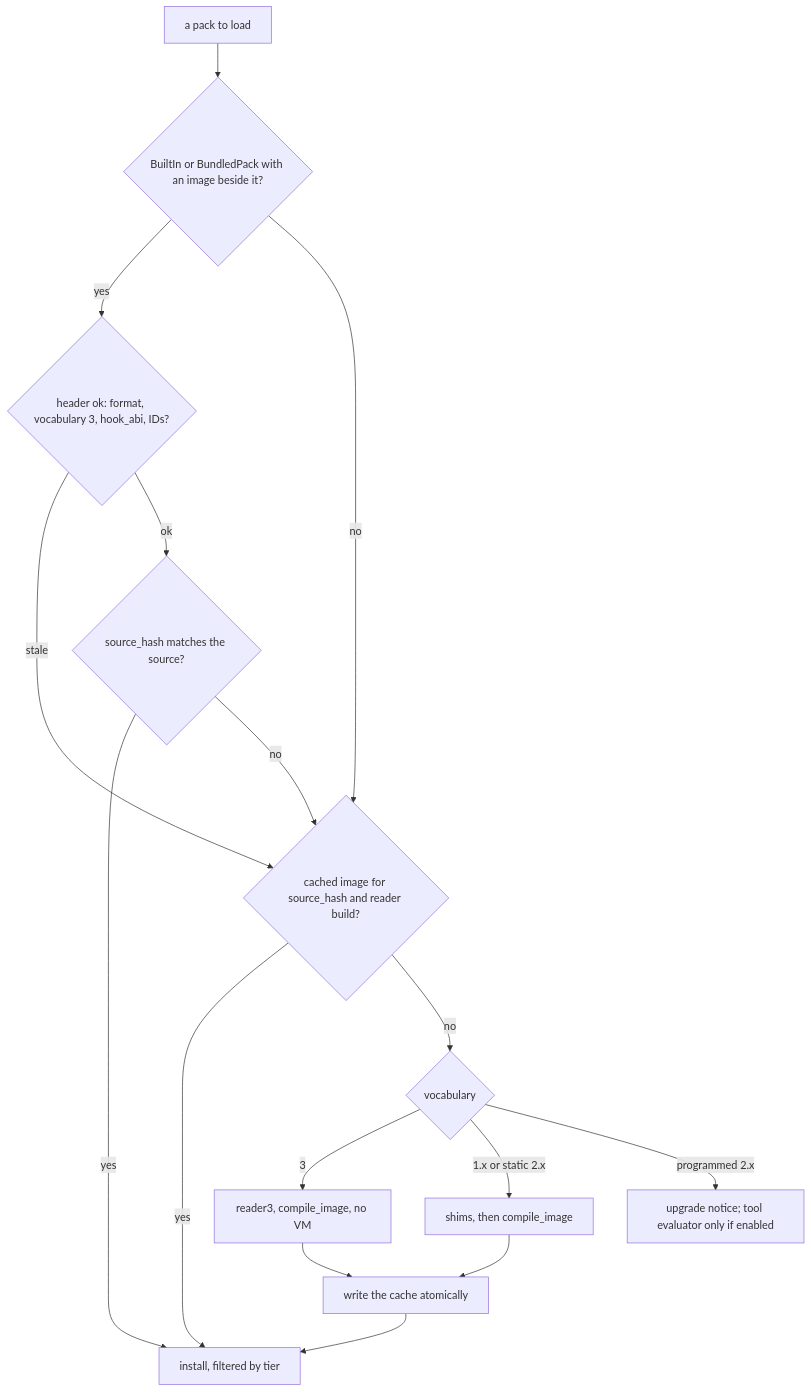
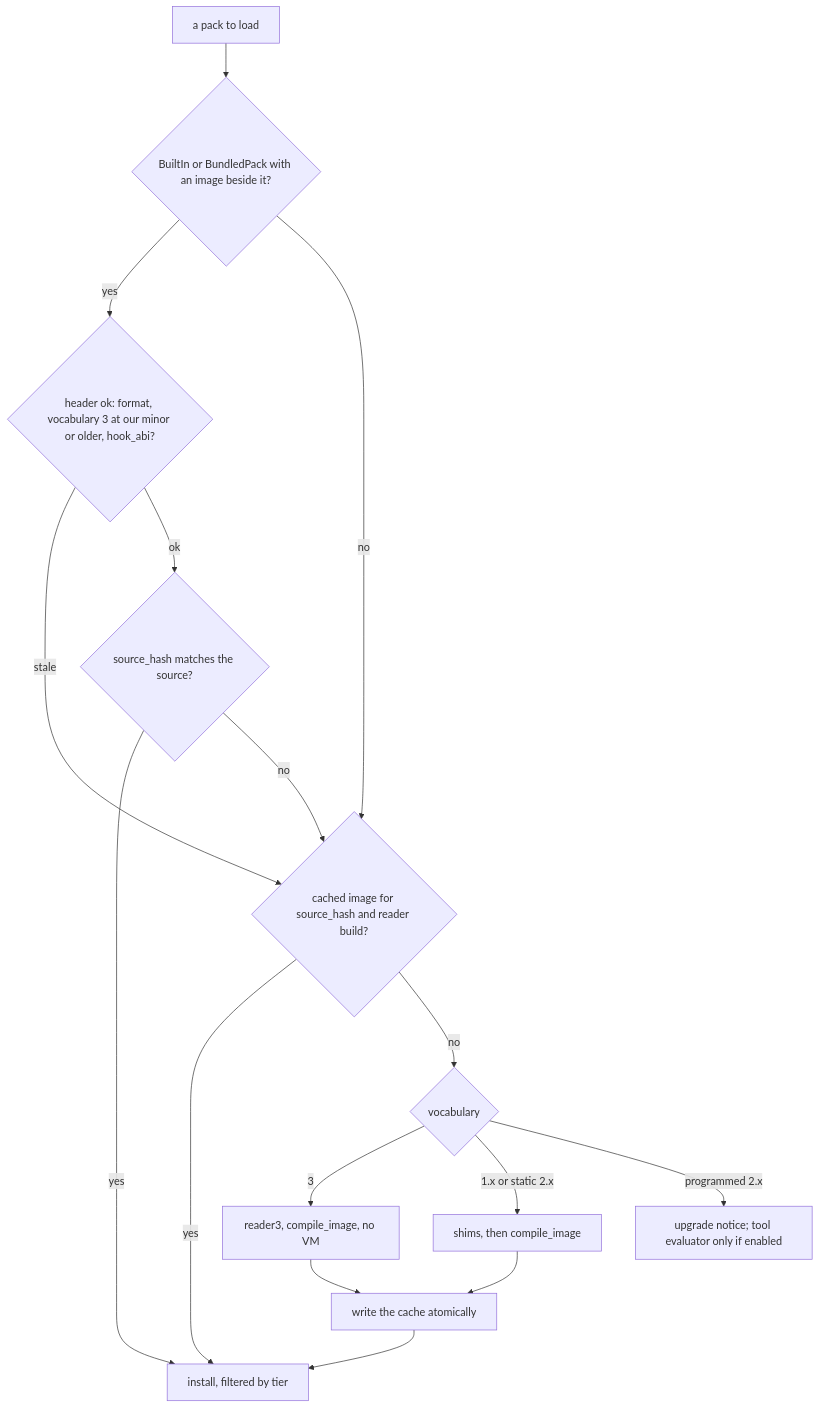
The first of 3 diagrams in docs/design/registry/spectcl-3/07-image-and-rust-parity.md (bitwisecook/tcl-lsp), drawn with Mermaid before and after one commit. The commit also changed other lines of this file and 17 other files, not shown here.

````diff
--- a/docs/design/registry/spectcl-3/07-image-and-rust-parity.md
+++ b/docs/design/registry/spectcl-3/07-image-and-rust-parity.md
@@ -127,18 +206,18 @@
 ```mermaid
 flowchart TB
   pack["a pack to load"] --> tier{"BuiltIn or BundledPack with an image beside it?"}
-  tier -- yes --> header{"header ok: format, vocabulary 3, hook_abi, IDs?"}
+  tier -- yes --> header{"header ok: format, vocabulary 3 at our minor or older, hook_abi?"}
   tier -- no --> cache{"cached image for source_hash and reader build?"}
   header -- stale --> cache
   header -- ok --> hash{"source_hash matches the source?"}
   hash -- yes --> install["install, filtered by tier"]
   hash -- no --> cache
   cache -- yes --> install
   cache -- no --> vocab{"vocabulary"}
   vocab -- "3" --> compile["reader3, compile_image, no VM"]
   vocab -- "1.x or static 2.x" --> shim["shims, then compile_image"]
   vocab -- "programmed 2.x" --> notice["upgrade notice; tool evaluator only if enabled"]
   compile --> write["write the cache atomically"]
   shim --> write
   write --> install
 ```
````
